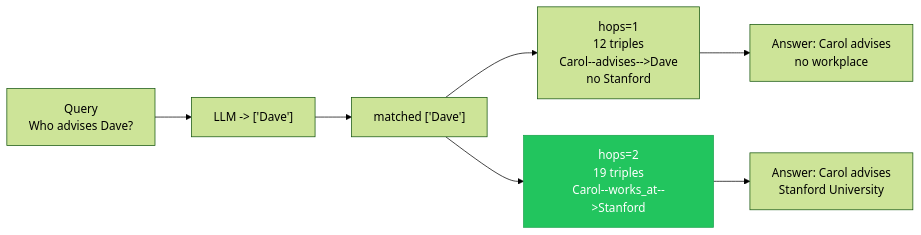
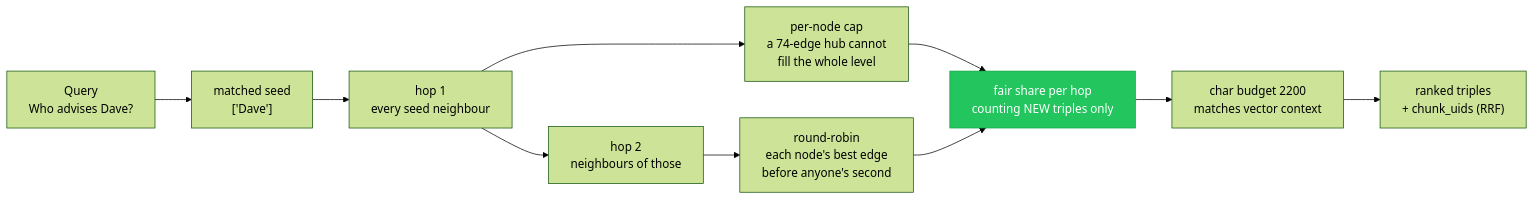
One commit to manishwvn/graph_rag changed the fifth of 7 diagrams in README.md. Above: the diagram before and after it, drawn with Mermaid (forest theme). The commit also changed other lines of this file and 30 other files, not shown here.

First line of the commit message:
feat: vector vs graph RAG comparison, with a corrected evaluation

````diff
--- a/README.md
+++ b/README.md
@@ -103,10 +117,13 @@
 ```mermaid
 graph LR
-  Q["Query<br/>Who advises Dave?"] --> E["LLM -> ['Dave']"]
-  E --> M["matched ['Dave']"]
-  M --> H1["hops=1<br/>12 triples<br/>Carol--advises-->Dave<br/>no Stanford"]
-  M --> H2["hops=2<br/>19 triples<br/>Carol--works_at-->Stanford"]
-  H1 --> A1["Answer: Carol advises<br/>no workplace"]
-  H2 --> A2["Answer: Carol advises<br/>Stanford University"]
-  style H2 fill:#22C55E,stroke:#16A34A,color:#fff
+  Q["Query<br/>Who advises Dave?"] --> M["matched seed<br/>['Dave']"]
+  M --> H1["hop 1<br/>every seed neighbour"]
+  H1 --> H2["hop 2<br/>neighbours of those"]
+  H1 --> B1["per-node cap<br/>a 74-edge hub cannot<br/>fill the whole level"]
+  H2 --> B2["round-robin<br/>each node's best edge<br/>before anyone's second"]
+  B1 --> B3["fair share per hop<br/>counting NEW triples only"]
+  B2 --> B3
+  B3 --> B4["char budget 2200<br/>matches vector context"]
+  B4 --> OUT["ranked triples<br/>+ chunk_uids (RRF)"]
+  style B3 fill:#22C55E,stroke:#16A34A,color:#fff
 ```
````
